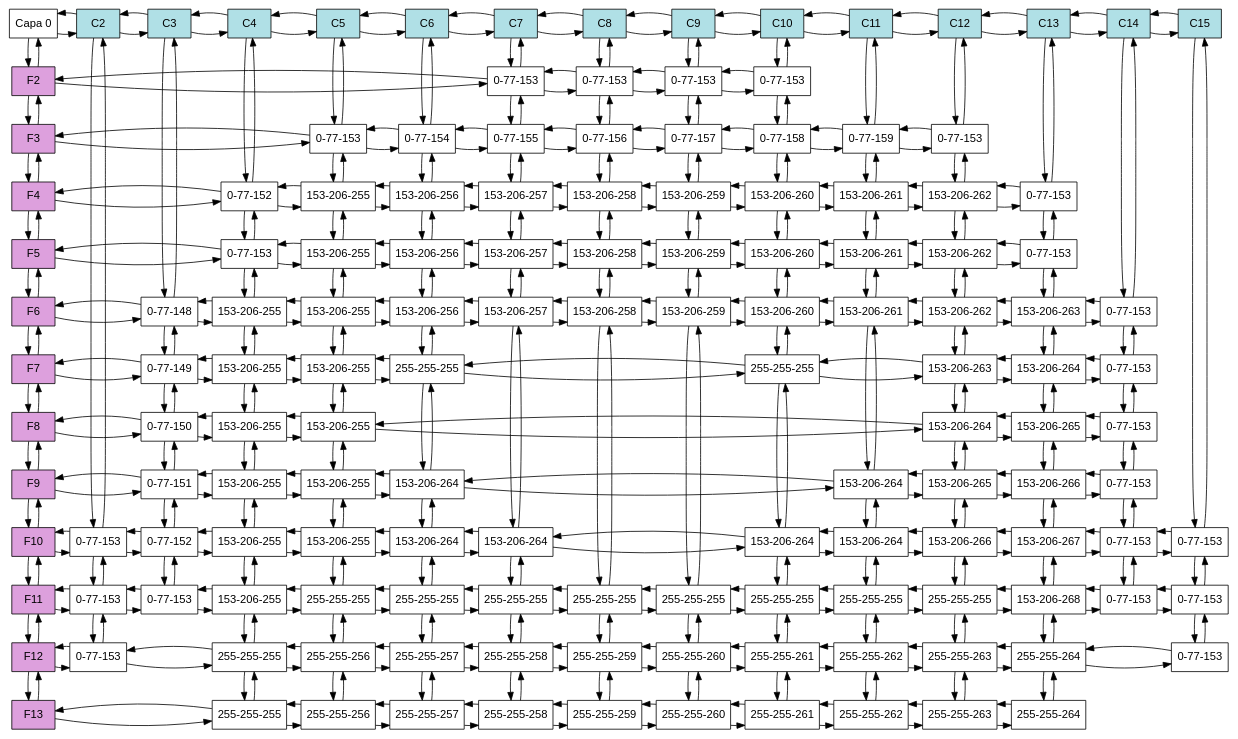
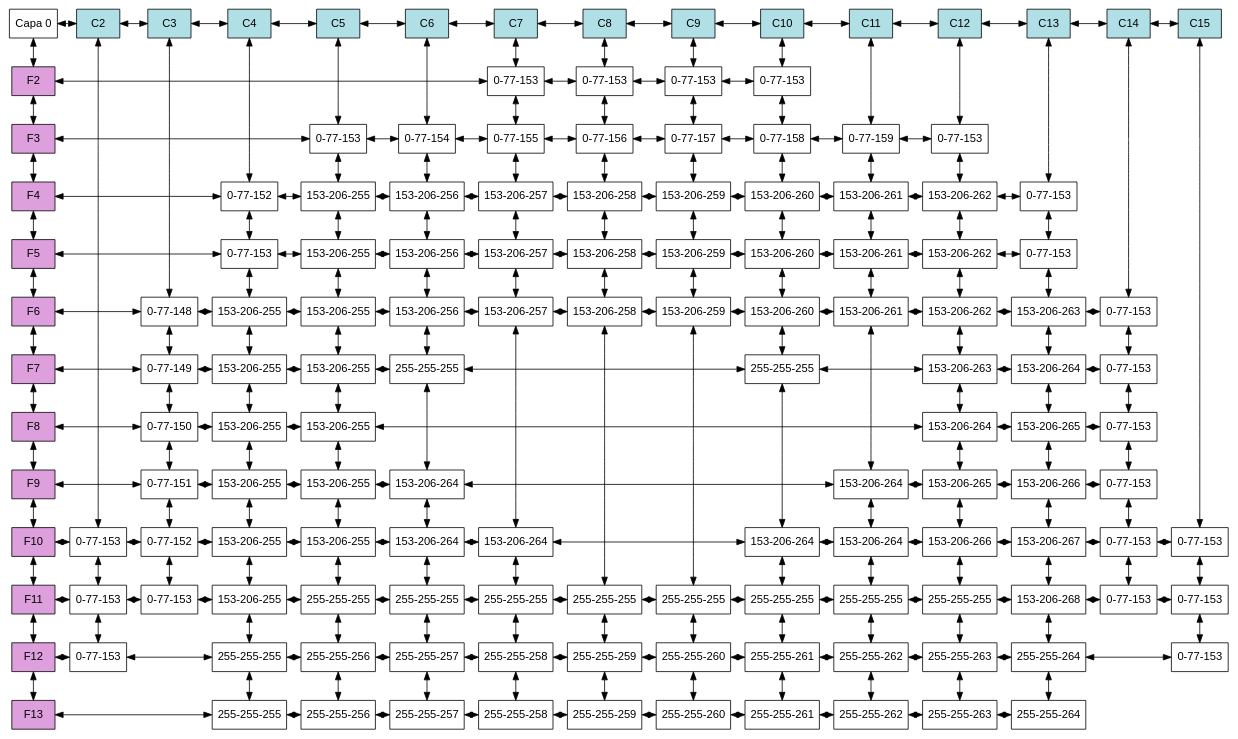
Before and after one commit to brandonT2002/EDD_VJ1S2023_PY_202112030: the diagram in ave/Cuerpo.dot, drawn with Graphviz. The commit also changed 30 other files, not shown here.

```diff
--- a/ave/Cuerpo.dot
+++ b/ave/Cuerpo.dot
@@ -1,5 +1,6 @@
 digraph T{
 	node[shape=box fontname="Arial" fillcolor="white" style=filled];
+	edge[dir="both"];
 	Root[label = "Capa 0", group="0"];
 	F2[group="0" fillcolor="plum"];
 	F3[group="0" fillcolor="plum"];
@@ -13,257 +14,229 @@
 	F11[group="0" fillcolor="plum"];
 	F12[group="0" fillcolor="plum"];
 	F13[group="0" fillcolor="plum"];
-	C2[group=2 fillcolor="powderblue"];
-	C3[group=3 fillcolor="powderblue"];
-	C4[group=4 fillcolor="powderblue"];
-	C5[group=5 fillcolor="powderblue"];
-	C6[group=6 fillcolor="powderblue"];
-	C7[group=7 fillcolor="powderblue"];
-	C8[group=8 fillcolor="powderblue"];
-	C9[group=9 fillcolor="powderblue"];
-	C10[group=10 fillcolor="powderblue"];
-	C11[group=11 fillcolor="powderblue"];
-	C12[group=12 fillcolor="powderblue"];
-	C13[group=13 fillcolor="powderblue"];
-	C14[group=14 fillcolor="powderblue"];
-	C15[group=15 fillcolor="powderblue"];
-	N10_2[group=2 label="0-77-153"];
-	N11_2[group=2 label="0-77-153"];
-	N12_2[group=2 label="0-77-153"];
-	N6_3[group=3 label="0-77-148"];
-	N7_3[group=3 label="0-77-149"];
-	N8_3[group=3 label="0-77-150"];
-	N9_3[group=3 label="0-77-151"];
-	N10_3[group=3 label="0-77-152"];
-	N11_3[group=3 label="0-77-153"];
-	N4_4[group=4 label="0-77-152"];
-	N5_4[group=4 label="0-77-153"];
-	N6_4[group=4 label="153-206-255"];
-	N7_4[group=4 label="153-206-255"];
-	N8_4[group=4 label="153-206-255"];
-	N9_4[group=4 label="153-206-255"];
-	N10_4[group=4 label="153-206-255"];
-	N11_4[group=4 label="153-206-255"];
-	N12_4[group=4 label="255-255-255"];
-	N13_4[group=4 label="255-255-255"];
-	N3_5[group=5 label="0-77-153"];
-	N4_5[group=5 label="153-206-255"];
-	N5_5[group=5 label="153-206-255"];
-	N6_5[group=5 label="153-206-255"];
-	N7_5[group=5 label="153-206-255"];
-	N8_5[group=5 label="153-206-255"];
-	N9_5[group=5 label="153-206-255"];
-	N10_5[group=5 label="153-206-255"];
-	N11_5[group=5 label="255-255-255"];
-	N12_5[group=5 label="255-255-256"];
-	N13_5[group=5 label="255-255-256"];
-	N3_6[group=6 label="0-77-154"];
-	N4_6[group=6 label="153-206-256"];
-	N5_6[group=6 label="153-206-256"];
-	N6_6[group=6 label="153-206-256"];
-	N7_6[group=6 label="255-255-255"];
-	N9_6[group=6 label="153-206-264"];
-	N10_6[group=6 label="153-206-264"];
-	N11_6[group=6 label="255-255-255"];
-	N12_6[group=6 label="255-255-257"];
-	N13_6[group=6 label="255-255-257"];
-	N2_7[group=7 label="0-77-153"];
-	N3_7[group=7 label="0-77-155"];
-	N4_7[group=7 label="153-206-257"];
-	N5_7[group=7 label="153-206-257"];
-	N6_7[group=7 label="153-206-257"];
-	N10_7[group=7 label="153-206-264"];
-	N11_7[group=7 label="255-255-255"];
-	N12_7[group=7 label="255-255-258"];
-	N13_7[group=7 label="255-255-258"];
-	N2_8[group=8 label="0-77-153"];
-	N3_8[group=8 label="0-77-156"];
-	N4_8[group=8 label="153-206-258"];
-	N5_8[group=8 label="153-206-258"];
-	N6_8[group=8 label="153-206-258"];
-	N11_8[group=8 label="255-255-255"];
-	N12_8[group=8 label="255-255-259"];
-	N13_8[group=8 label="255-255-259"];
-	N2_9[group=9 label="0-77-153"];
-	N3_9[group=9 label="0-77-157"];
-	N4_9[group=9 label="153-206-259"];
-	N5_9[group=9 label="153-206-259"];
-	N6_9[group=9 label="153-206-259"];
-	N11_9[group=9 label="255-255-255"];
-	N12_9[group=9 label="255-255-260"];
-	N13_9[group=9 label="255-255-260"];
-	N2_10[group=10 label="0-77-153"];
-	N3_10[group=10 label="0-77-158"];
-	N4_10[group=10 label="153-206-260"];
-	N5_10[group=10 label="153-206-260"];
-	N6_10[group=10 label="153-206-260"];
-	N7_10[group=10 label="255-255-255"];
-	N10_10[group=10 label="153-206-264"];
-	N11_10[group=10 label="255-255-255"];
-	N12_10[group=10 label="255-255-261"];
-	N13_10[group=10 label="255-255-261"];
-	N3_11[group=11 label="0-77-159"];
-	N4_11[group=11 label="153-206-261"];
-	N5_11[group=11 label="153-206-261"];
-	N6_11[group=11 label="153-206-261"];
-	N9_11[group=11 label="153-206-264"];
-	N10_11[group=11 label="153-206-264"];
-	N11_11[group=11 label="255-255-255"];
-	N12_11[group=11 label="255-255-262"];
-	N13_11[group=11 label="255-255-262"];
-	N3_12[group=12 label="0-77-153"];
-	N4_12[group=12 label="153-206-262"];
-	N5_12[group=12 label="153-206-262"];
-	N6_12[group=12 label="153-206-262"];
-	N7_12[group=12 label="153-206-263"];
-	N8_12[group=12 label="153-206-264"];
-	N9_12[group=12 label="153-206-265"];
-	N10_12[group=12 label="153-206-266"];
-	N11_12[group=12 label="255-255-255"];
-	N12_12[group=12 label="255-255-263"];
-	N13_12[group=12 label="255-255-263"];
-	N4_13[group=13 label="0-77-153"];
-	N5_13[group=13 label="0-77-153"];
-	N6_13[group=13 label="153-206-263"];
-	N7_13[group=13 label="153-206-264"];
-	N8_13[group=13 label="153-206-265"];
-	N9_13[group=13 label="153-206-266"];
-	N10_13[group=13 label="153-206-267"];
-	N11_13[group=13 label="153-206-268"];
-	N12_13[group=13 label="255-255-264"];
-	N13_13[group=13 label="255-255-264"];
-	N6_14[group=14 label="0-77-153"];
-	N7_14[group=14 label="0-77-153"];
-	N8_14[group=14 label="0-77-153"];
-	N9_14[group=14 label="0-77-153"];
-	N10_14[group=14 label="0-77-153"];
-	N11_14[group=14 label="0-77-153"];
-	N10_15[group=15 label="0-77-153"];
-	N11_15[group=15 label="0-77-153"];
-	N12_15[group=15 label="0-77-153"];
+	C2[group="2" fillcolor="powderblue"];
+	C3[group="3" fillcolor="powderblue"];
+	C4[group="4" fillcolor="powderblue"];
+	C5[group="5" fillcolor="powderblue"];
+	C6[group="6" fillcolor="powderblue"];
+	C7[group="7" fillcolor="powderblue"];
+	C8[group="8" fillcolor="powderblue"];
+	C9[group="9" fillcolor="powderblue"];
+	C10[group="10" fillcolor="powderblue"];
+	C11[group="11" fillcolor="powderblue"];
+	C12[group="12" fillcolor="powderblue"];
+	C13[group="13" fillcolor="powderblue"];
+	C14[group="14" fillcolor="powderblue"];
+	C15[group="15" fillcolor="powderblue"];
+	N10_2[group="2" label="0-77-153"];
+	N11_2[group="2" label="0-77-153"];
+	N12_2[group="2" label="0-77-153"];
+	N6_3[group="3" label="0-77-148"];
+	N7_3[group="3" label="0-77-149"];
+	N8_3[group="3" label="0-77-150"];
+	N9_3[group="3" label="0-77-151"];
+	N10_3[group="3" label="0-77-152"];
+	N11_3[group="3" label="0-77-153"];
+	N4_4[group="4" label="0-77-152"];
+	N5_4[group="4" label="0-77-153"];
+	N6_4[group="4" label="153-206-255"];
+	N7_4[group="4" label="153-206-255"];
+	N8_4[group="4" label="153-206-255"];
+	N9_4[group="4" label="153-206-255"];
+	N10_4[group="4" label="153-206-255"];
+	N11_4[group="4" label="153-206-255"];
+	N12_4[group="4" label="255-255-255"];
+	N13_4[group="4" label="255-255-255"];
+	N3_5[group="5" label="0-77-153"];
+	N4_5[group="5" label="153-206-255"];
+	N5_5[group="5" label="153-206-255"];
+	N6_5[group="5" label="153-206-255"];
+	N7_5[group="5" label="153-206-255"];
+	N8_5[group="5" label="153-206-255"];
+	N9_5[group="5" label="153-206-255"];
+	N10_5[group="5" label="153-206-255"];
+	N11_5[group="5" label="255-255-255"];
+	N12_5[group="5" label="255-255-256"];
+	N13_5[group="5" label="255-255-256"];
+	N3_6[group="6" label="0-77-154"];
+	N4_6[group="6" label="153-206-256"];
+	N5_6[group="6" label="153-206-256"];
+	N6_6[group="6" label="153-206-256"];
+	N7_6[group="6" label="255-255-255"];
+	N9_6[group="6" label="153-206-264"];
+	N10_6[group="6" label="153-206-264"];
+	N11_6[group="6" label="255-255-255"];
+	N12_6[group="6" label="255-255-257"];
+	N13_6[group="6" label="255-255-257"];
+	N2_7[group="7" label="0-77-153"];
+	N3_7[group="7" label="0-77-155"];
+	N4_7[group="7" label="153-206-257"];
+	N5_7[group="7" label="153-206-257"];
+	N6_7[group="7" label="153-206-257"];
+	N10_7[group="7" label="153-206-264"];
+	N11_7[group="7" label="255-255-255"];
+	N12_7[group="7" label="255-255-258"];
+	N13_7[group="7" label="255-255-258"];
+	N2_8[group="8" label="0-77-153"];
+	N3_8[group="8" label="0-77-156"];
+	N4_8[group="8" label="153-206-258"];
+	N5_8[group="8" label="153-206-258"];
+	N6_8[group="8" label="153-206-258"];
+	N11_8[group="8" label="255-255-255"];
+	N12_8[group="8" label="255-255-259"];
+	N13_8[group="8" label="255-255-259"];
+	N2_9[group="9" label="0-77-153"];
+	N3_9[group="9" label="0-77-157"];
+	N4_9[group="9" label="153-206-259"];
+	N5_9[group="9" label="153-206-259"];
+	N6_9[group="9" label="153-206-259"];
+	N11_9[group="9" label="255-255-255"];
+	N12_9[group="9" label="255-255-260"];
+	N13_9[group="9" label="255-255-260"];
+	N2_10[group="10" label="0-77-153"];
+	N3_10[group="10" label="0-77-158"];
+	N4_10[group="10" label="153-206-260"];
+	N5_10[group="10" label="153-206-260"];
+	N6_10[group="10" label="153-206-260"];
+	N7_10[group="10" label="255-255-255"];
+	N10_10[group="10" label="153-206-264"];
+	N11_10[group="10" label="255-255-255"];
+	N12_10[group="10" label="255-255-261"];
+	N13_10[group="10" label="255-255-261"];
+	N3_11[group="11" label="0-77-159"];
+	N4_11[group="11" label="153-206-261"];
+	N5_11[group="11" label="153-206-261"];
+	N6_11[group="11" label="153-206-261"];
+	N9_11[group="11" label="153-206-264"];
+	N10_11[group="11" label="153-206-264"];
+	N11_11[group="11" label="255-255-255"];
+	N12_11[group="11" label="255-255-262"];
+	N13_11[group="11" label="255-255-262"];
+	N3_12[group="12" label="0-77-153"];
+	N4_12[group="12" label="153-206-262"];
+	N5_12[group="12" label="153-206-262"];
+	N6_12[group="12" label="153-206-262"];
+	N7_12[group="12" label="153-206-263"];
+	N8_12[group="12" label="153-206-264"];
+	N9_12[group="12" label="153-206-265"];
+	N10_12[group="12" label="153-206-266"];
+	N11_12[group="12" label="255-255-255"];
+	N12_12[group="12" label="255-255-263"];
+	N13_12[group="12" label="255-255-263"];
+	N4_13[group="13" label="0-77-153"];
+	N5_13[group="13" label="0-77-153"];
+	N6_13[group="13" label="153-206-263"];
+	N7_13[group="13" label="153-206-264"];
+	N8_13[group="13" label="153-206-265"];
+	N9_13[group="13" label="153-206-266"];
+	N10_13[group="13" label="153-206-267"];
+	N11_13[group="13" label="153-206-268"];
+	N12_13[group="13" label="255-255-264"];
+	N13_13[group="13" label="255-255-264"];
+	N6_14[group="14" label="0-77-153"];
+	N7_14[group="14" label="0-77-153"];
+	N8_14[group="14" label="0-77-153"];
+	N9_14[group="14" label="0-77-153"];
+	N10_14[group="14" label="0-77-153"];
+	N11_14[group="14" label="0-77-153"];
+	N10_15[group="15" label="0-77-153"];
+	N11_15[group="15" label="0-77-153"];
+	N12_15[group="15" label="0-77-153"];
 	subgraph columnHeader {
 		rank = same;
 		Root -> C2 -> C3 -> C4 -> C5 -> C6 -> C7 -> C8 -> C9 -> C10 -> C11 -> C12 -> C13 -> C14 -> C15;
-		Root -> C2 -> C3 -> C4 -> C5 -> C6 -> C7 -> C8 -> C9 -> C10 -> C11 -> C12 -> C13 -> C14 -> C15[dir=back];
 	}
 	subgraph row2 {
 		rank = same;
 		F2 -> N2_7 -> N2_8 -> N2_9 -> N2_10;
-		F2 -> N2_7 -> N2_8 -> N2_9 -> N2_10[dir=back];
 	}
 	subgraph row3 {
 		rank = same;
 		F3 -> N3_5 -> N3_6 -> N3_7 -> N3_8 -> N3_9 -> N3_10 -> N3_11 -> N3_12;
-		F3 -> N3_5 -> N3_6 -> N3_7 -> N3_8 -> N3_9 -> N3_10 -> N3_11 -> N3_12[dir=back];
 	}
 	subgraph row4 {
 		rank = same;
 		F4 -> N4_4 -> N4_5 -> N4_6 -> N4_7 -> N4_8 -> N4_9 -> N4_10 -> N4_11 -> N4_12 -> N4_13;
-		F4 -> N4_4 -> N4_5 -> N4_6 -> N4_7 -> N4_8 -> N4_9 -> N4_10 -> N4_11 -> N4_12 -> N4_13[dir=back];
 	}
 	subgraph row5 {
 		rank = same;
 		F5 -> N5_4 -> N5_5 -> N5_6 -> N5_7 -> N5_8 -> N5_9 -> N5_10 -> N5_11 -> N5_12 -> N5_13;
-		F5 -> N5_4 -> N5_5 -> N5_6 -> N5_7 -> N5_8 -> N5_9 -> N5_10 -> N5_11 -> N5_12 -> N5_13[dir=back];
 	}
 	subgraph row6 {
 		rank = same;
 		F6 -> N6_3 -> N6_4 -> N6_5 -> N6_6 -> N6_7 -> N6_8 -> N6_9 -> N6_10 -> N6_11 -> N6_12 -> N6_13 -> N6_14;
-		F6 -> N6_3 -> N6_4 -> N6_5 -> N6_6 -> N6_7 -> N6_8 -> N6_9 -> N6_10 -> N6_11 -> N6_12 -> N6_13 -> N6_14[dir=back];
 	}
 	subgraph row7 {
 		rank = same;
 		F7 -> N7_3 -> N7_4 -> N7_5 -> N7_6 -> N7_10 -> N7_12 -> N7_13 -> N7_14;
-		F7 -> N7_3 -> N7_4 -> N7_5 -> N7_6 -> N7_10 -> N7_12 -> N7_13 -> N7_14[dir=back];
 	}
 	subgraph row8 {
 		rank = same;
 		F8 -> N8_3 -> N8_4 -> N8_5 -> N8_12 -> N8_13 -> N8_14;
-		F8 -> N8_3 -> N8_4 -> N8_5 -> N8_12 -> N8_13 -> N8_14[dir=back];
 	}
 	subgraph row9 {
 		rank = same;
 		F9 -> N9_3 -> N9_4 -> N9_5 -> N9_6 -> N9_11 -> N9_12 -> N9_13 -> N9_14;
-		F9 -> N9_3 -> N9_4 -> N9_5 -> N9_6 -> N9_11 -> N9_12 -> N9_13 -> N9_14[dir=back];
 	}
 	subgraph row10 {
 		rank = same;
 		F10 -> N10_2 -> N10_3 -> N10_4 -> N10_5 -> N10_6 -> N10_7 -> N10_10 -> N10_11 -> N10_12 -> N10_13 -> N10_14 -> N10_15;
-		F10 -> N10_2 -> N10_3 -> N10_4 -> N10_5 -> N10_6 -> N10_7 -> N10_10 -> N10_11 -> N10_12 -> N10_13 -> N10_14 -> N10_15[dir=back];
 	}
 	subgraph row11 {
 		rank = same;
 		F11 -> N11_2 -> N11_3 -> N11_4 -> N11_5 -> N11_6 -> N11_7 -> N11_8 -> N11_9 -> N11_10 -> N11_11 -> N11_12 -> N11_13 -> N11_14 -> N11_15;
-		F11 -> N11_2 -> N11_3 -> N11_4 -> N11_5 -> N11_6 -> N11_7 -> N11_8 -> N11_9 -> N11_10 -> N11_11 -> N11_12 -> N11_13 -> N11_14 -> N11_15[dir=back];
 	}
 	subgraph row12 {
 		rank = same;
 		F12 -> N12_2 -> N12_4 -> N12_5 -> N12_6 -> N12_7 -> N12_8 -> N12_9 -> N12_10 -> N12_11 -> N12_12 -> N12_13 -> N12_15;
-		F12 -> N12_2 -> N12_4 -> N12_5 -> N12_6 -> N12_7 -> N12_8 -> N12_9 -> N12_10 -> N12_11 -> N12_12 -> N12_13 -> N12_15[dir=back];
 	}
 	subgraph row13 {
 		rank = same;
 		F13 -> N13_4 -> N13_5 -> N13_6 -> N13_7 -> N13_8 -> N13_9 -> N13_10 -> N13_11 -> N13_12 -> N13_13;
-		F13 -> N13_4 -> N13_5 -> N13_6 -> N13_7 -> N13_8 -> N13_9 -> N13_10 -> N13_11 -> N13_12 -> N13_13[dir=back];
 	}
 	subgraph rowHeader {
 		Root -> F2 -> F3 -> F4 -> F5 -> F6 -> F7 -> F8 -> F9 -> F10 -> F11 -> F12 -> F13;
-		Root -> F2 -> F3 -> F4 -> F5 -> F6 -> F7 -> F8 -> F9 -> F10 -> F11 -> F12 -> F13[dir=back];
 	}
 	subgraph column2 {
 		C2 -> N10_2 -> N11_2 -> N12_2;
-		C2 -> N10_2 -> N11_2 -> N12_2[dir=back];
 	}
 	subgraph column3 {
 		C3 -> N6_3 -> N7_3 -> N8_3 -> N9_3 -> N10_3 -> N11_3;
-		C3 -> N6_3 -> N7_3 -> N8_3 -> N9_3 -> N10_3 -> N11_3[dir=back];
 	}
 	subgraph column4 {
 		C4 -> N4_4 -> N5_4 -> N6_4 -> N7_4 -> N8_4 -> N9_4 -> N10_4 -> N11_4 -> N12_4 -> N13_4;
-		C4 -> N4_4 -> N5_4 -> N6_4 -> N7_4 -> N8_4 -> N9_4 -> N10_4 -> N11_4 -> N12_4 -> N13_4[dir=back];
 	}
 	subgraph column5 {
 		C5 -> N3_5 -> N4_5 -> N5_5 -> N6_5 -> N7_5 -> N8_5 -> N9_5 -> N10_5 -> N11_5 -> N12_5 -> N13_5;
-		C5 -> N3_5 -> N4_5 -> N5_5 -> N6_5 -> N7_5 -> N8_5 -> N9_5 -> N10_5 -> N11_5 -> N12_5 -> N13_5[dir=back];
 	}
 	subgraph column6 {
 		C6 -> N3_6 -> N4_6 -> N5_6 -> N6_6 -> N7_6 -> N9_6 -> N10_6 -> N11_6 -> N12_6 -> N13_6;
-		C6 -> N3_6 -> N4_6 -> N5_6 -> N6_6 -> N7_6 -> N9_6 -> N10_6 -> N11_6 -> N12_6 -> N13_6[dir=back];
 	}
 	subgraph column7 {
 		C7 -> N2_7 -> N3_7 -> N4_7 -> N5_7 -> N6_7 -> N10_7 -> N11_7 -> N12_7 -> N13_7;
-		C7 -> N2_7 -> N3_7 -> N4_7 -> N5_7 -> N6_7 -> N10_7 -> N11_7 -> N12_7 -> N13_7[dir=back];
 	}
 	subgraph column8 {
 		C8 -> N2_8 -> N3_8 -> N4_8 -> N5_8 -> N6_8 -> N11_8 -> N12_8 -> N13_8;
-		C8 -> N2_8 -> N3_8 -> N4_8 -> N5_8 -> N6_8 -> N11_8 -> N12_8 -> N13_8[dir=back];
 	}
 	subgraph column9 {
 		C9 -> N2_9 -> N3_9 -> N4_9 -> N5_9 -> N6_9 -> N11_9 -> N12_9 -> N13_9;
-		C9 -> N2_9 -> N3_9 -> N4_9 -> N5_9 -> N6_9 -> N11_9 -> N12_9 -> N13_9[dir=back];
 	}
 	subgraph column10 {
 		C10 -> N2_10 -> N3_10 -> N4_10 -> N5_10 -> N6_10 -> N7_10 -> N10_10 -> N11_10 -> N12_10 -> N13_10;
-		C10 -> N2_10 -> N3_10 -> N4_10 -> N5_10 -> N6_10 -> N7_10 -> N10_10 -> N11_10 -> N12_10 -> N13_10[dir=back];
 	}
 	subgraph column11 {
 		C11 -> N3_11 -> N4_11 -> N5_11 -> N6_11 -> N9_11 -> N10_11 -> N11_11 -> N12_11 -> N13_11;
-		C11 -> N3_11 -> N4_11 -> N5_11 -> N6_11 -> N9_11 -> N10_11 -> N11_11 -> N12_11 -> N13_11[dir=back];
 	}
 	subgraph column12 {
 		C12 -> N3_12 -> N4_12 -> N5_12 -> N6_12 -> N7_12 -> N8_12 -> N9_12 -> N10_12 -> N11_12 -> N12_12 -> N13_12;
-		C12 -> N3_12 -> N4_12 -> N5_12 -> N6_12 -> N7_12 -> N8_12 -> N9_12 -> N10_12 -> N11_12 -> N12_12 -> N13_12[dir=back];
 	}
 	subgraph column13 {
 		C13 -> N4_13 -> N5_13 -> N6_13 -> N7_13 -> N8_13 -> N9_13 -> N10_13 -> N11_13 -> N12_13 -> N13_13;
-		C13 -> N4_13 -> N5_13 -> N6_13 -> N7_13 -> N8_13 -> N9_13 -> N10_13 -> N11_13 -> N12_13 -> N13_13[dir=back];
 	}
 	subgraph column14 {
 		C14 -> N6_14 -> N7_14 -> N8_14 -> N9_14 -> N10_14 -> N11_14;
-		C14 -> N6_14 -> N7_14 -> N8_14 -> N9_14 -> N10_14 -> N11_14[dir=back];
 	}
 	subgraph column15 {
 		C15 -> N10_15 -> N11_15 -> N12_15;
-		C15 -> N10_15 -> N11_15 -> N12_15[dir=back];
 	}
 }
```
